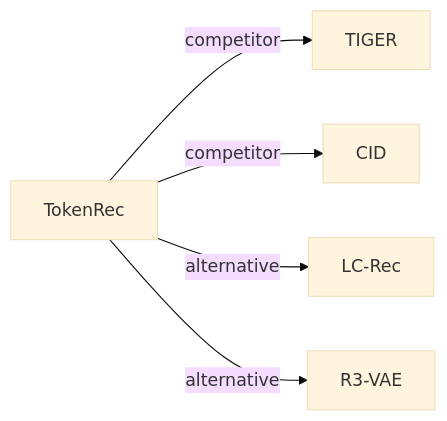
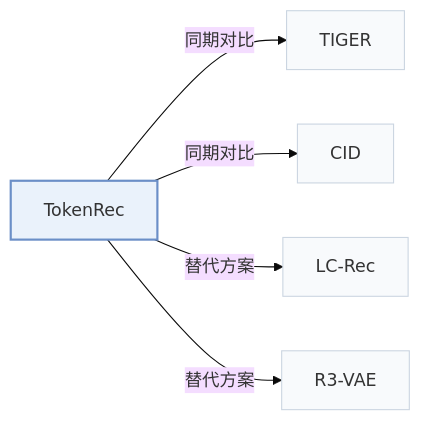
Before and after one commit to Galaxy-ghost/Awesome-SID-Generative-Rec: the third of 3 diagrams in pages/zh/papers/tokenrec.md, drawn with Mermaid (base theme). The commit also changed other lines of this file and 649 other files, not shown here.

Commit message:
writer-05: also tags and modality index (schema, check, build, visuals); summary field removed; calibration data for 12 papers

````diff
--- a/pages/zh/papers/tokenrec.md
+++ b/pages/zh/papers/tokenrec.md
@@ -122,8 +132,12 @@
 ```mermaid
 flowchart LR
     P["TokenRec"]
-    P -->|competitor| A["TIGER"]
-    P -->|competitor| B["CID"]
-    P -->|alternative| C["LC-Rec"]
-    P -->|alternative| D["R3-VAE"]
+    P -->|"同期对比"| A["TIGER"]
+    P -->|"同期对比"| B["CID"]
+    P -->|"替代方案"| C["LC-Rec"]
+    P -->|"替代方案"| D["R3-VAE"]
+    classDef main fill:#eaf2fb,stroke:#6b8fc7,stroke-width:2px
+    classDef peer fill:#f8fafc,stroke:#cbd5e1
+    class P main
+    class A,B,C,D peer
 ```
````
